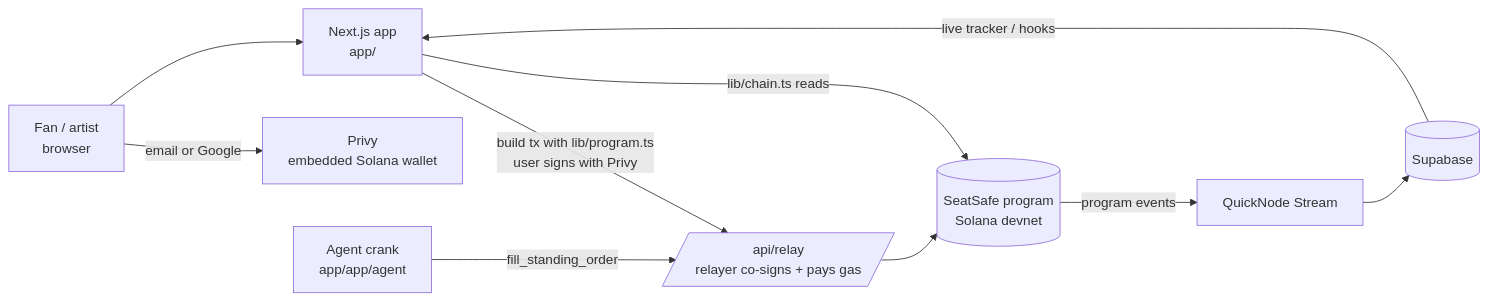
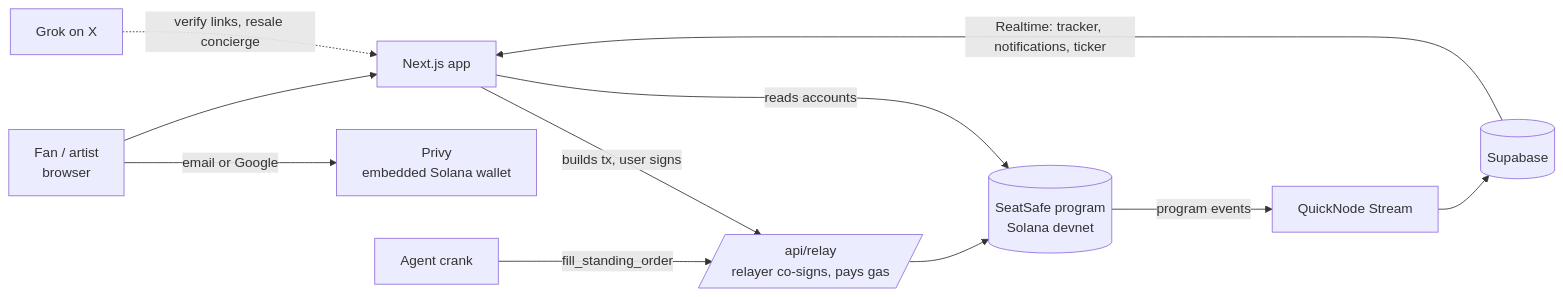
The diagram in README.md (bhumikaguptaa/SeatSafe), drawn with Mermaid before and after one commit. The commit also changed other lines of this file, not shown here.

````diff
--- a/README.md
+++ b/README.md
@@ -64,11 +88,12 @@
 ```mermaid
 flowchart LR
   U[Fan / artist<br/>browser] -->|email or Google| P[Privy<br/>embedded Solana wallet]
-  U --> W[Next.js app<br/>app/]
-  W -->|build tx with lib/program.ts<br/>user signs with Privy| R[/api/relay<br/>relayer co-signs + pays gas/]
+  U --> W[Next.js app]
+  W -->|builds tx, user signs| R[/api/relay<br/>relayer co-signs, pays gas/]
   R --> S[(SeatSafe program<br/>Solana devnet)]
-  W -->|lib/chain.ts reads| S
+  W -->|reads accounts| S
   S -->|program events| Q[QuickNode Stream] --> B[(Supabase)]
-  B -->|live tracker / hooks| W
-  A[Agent crank<br/>app/app/agent] -->|fill_standing_order| R
+  B -->|Realtime: tracker, notifications, ticker| W
+  A[Agent crank] -->|fill_standing_order| R
+  X[Grok on X] -.->|verify links, resale concierge| W
 ```
````
